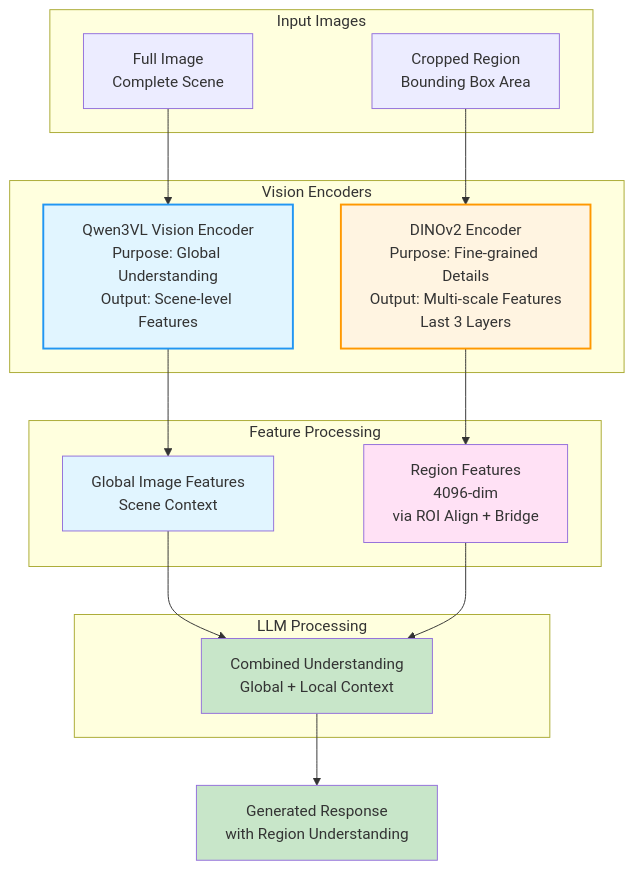
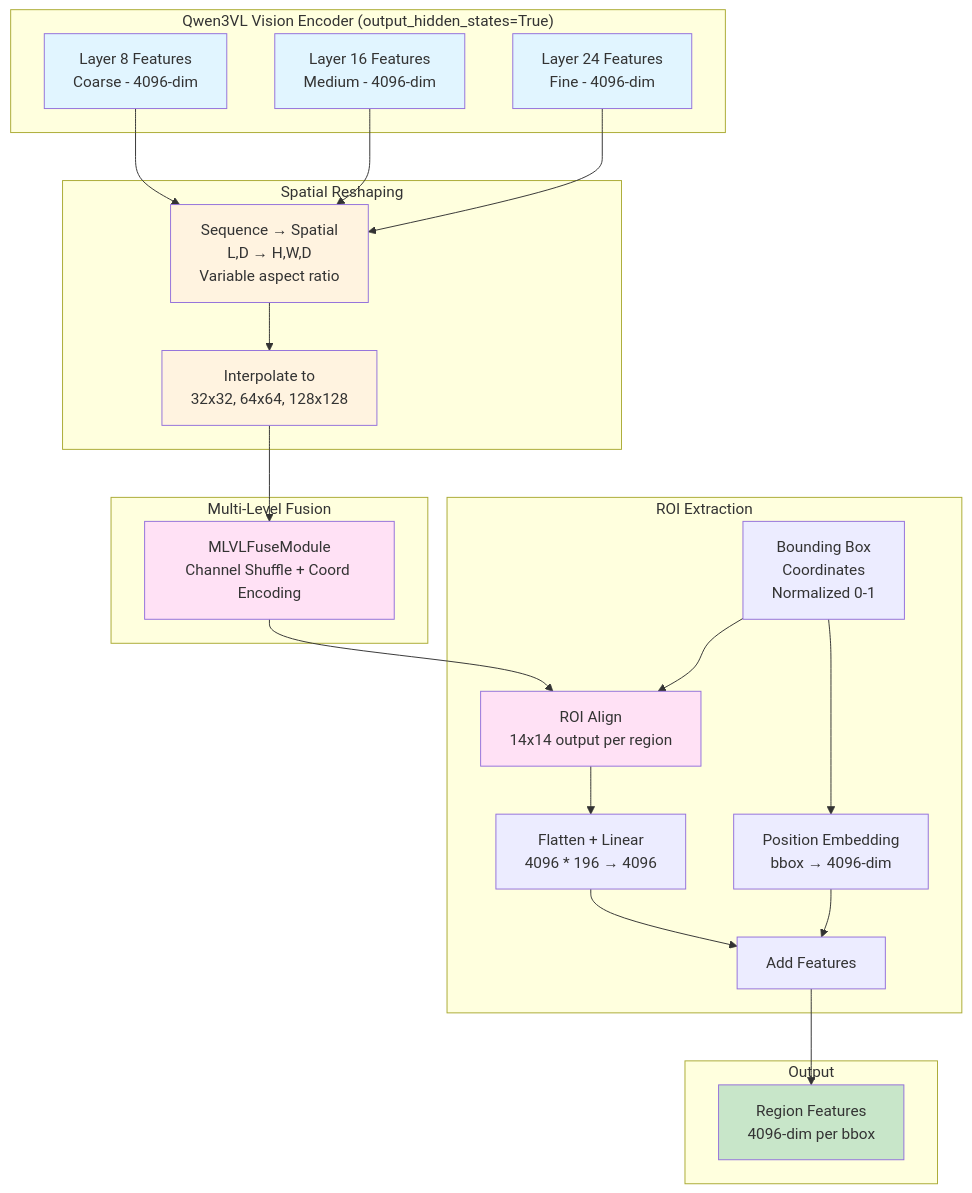
The fifth of 5 diagrams in docs/RETRAIN_PLAN_QWEN3VL.md (shaunliew-sit/Groma), drawn with Mermaid before and after one commit. The commit also changed other lines of this file and 15 other files, not shown here.

````diff
--- a/docs/RETRAIN_PLAN_QWEN3VL.md
+++ b/docs/RETRAIN_PLAN_QWEN3VL.md
@@ -498,39 +233,53 @@
 ```mermaid
-graph TB
-    subgraph "Input Images"
-        FullImg[Full Image<br/>Complete Scene]
-        RegionCrop[Cropped Region<br/>Bounding Box Area]
+flowchart TB
+    subgraph QwenVision["Qwen3VL Vision Encoder (output_hidden_states=True)"]
+        Layer8[Layer 8 Features<br/>Coarse - 4096-dim]
+        Layer16[Layer 16 Features<br/>Medium - 4096-dim]
+        Layer24[Layer 24 Features<br/>Fine - 4096-dim]
     end
     
-    subgraph "Vision Encoders"
-        QwenVis[Qwen3VL Vision Encoder<br/>Purpose: Global Understanding<br/>Output: Scene-level Features]
-        DINOVis[DINOv2 Encoder<br/>Purpose: Fine-grained Details<br/>Output: Multi-scale Features<br/>Last 3 Layers]
+    subgraph Reshape["Spatial Reshaping"]
+        SeqToSpatial[Sequence → Spatial<br/>L,D → H,W,D<br/>Variable aspect ratio]
+        Interpolate[Interpolate to<br/>32x32, 64x64, 128x128]
     end
     
-    subgraph "Feature Processing"
-        QwenFeat[Global Image Features<br/>Scene Context]
-        RegionFeat[Region Features<br/>4096-dim<br/>via ROI Align + Bridge]
+    subgraph MLVLFuse["Multi-Level Fusion"]
+        Fuse[MLVLFuseModule<br/>Channel Shuffle + Coord Encoding]
     end
     
-    subgraph "LLM Processing"
-        Combined[Combined Understanding<br/>Global + Local Context]
+    subgraph ROIExtract["ROI Extraction"]
+        BBox[Bounding Box<br/>Coordinates<br/>Normalized 0-1]
+        ROIAlign[ROI Align<br/>14x14 output per region]
+        Flatten[Flatten + Linear<br/>4096 * 196 → 4096]
+        PosEmbed[Position Embedding<br/>bbox → 4096-dim]
+        Add[Add Features]
     end
     
-    FullImg --> QwenVis
-    RegionCrop --> DINOVis
+    subgraph Output["Output"]
+        RegionFeat[Region Features<br/>4096-dim per bbox]
+    end
     
-    QwenVis --> QwenFeat
-    DINOVis --> RegionFeat
+    Layer8 --> SeqToSpatial
+    Layer16 --> SeqToSpatial
+    Layer24 --> SeqToSpatial
+    SeqToSpatial --> Interpolate
+    Interpolate --> Fuse
     
-    QwenFeat --> Combined
-    RegionFeat --> Combined
+    Fuse --> ROIAlign
+    BBox --> ROIAlign
+    BBox --> PosEmbed
     
-    Combined --> Output[Generated Response<br/>with Region Understanding]
+    ROIAlign --> Flatten
+    Flatten --> Add
+    PosEmbed --> Add
+    Add --> RegionFeat
     
-    style QwenVis fill:#e1f5ff,stroke:#2196f3,stroke-width:2px
-    style DINOVis fill:#fff4e1,stroke:#ff9800,stroke-width:2px
-    style QwenFeat fill:#e1f5ff
-    style RegionFeat fill:#ffe1f5
-    style Combined fill:#c8e6c9
-    style Output fill:#c8e6c9
+    style Layer8 fill:#e1f5ff
+    style Layer16 fill:#e1f5ff
+    style Layer24 fill:#e1f5ff
+    style SeqToSpatial fill:#fff3e0
+    style Interpolate fill:#fff3e0
+    style Fuse fill:#ffe1f5
+    style ROIAlign fill:#ffe1f5
+    style RegionFeat fill:#c8e6c9
 ```
````
